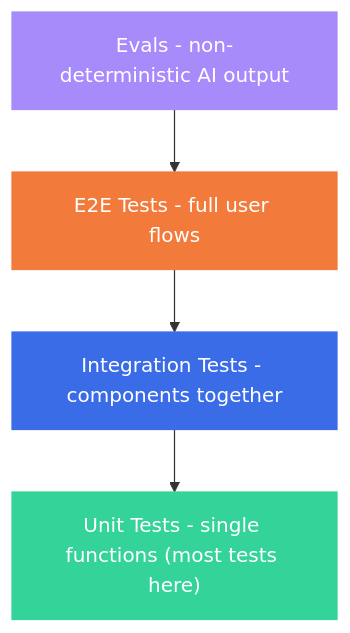
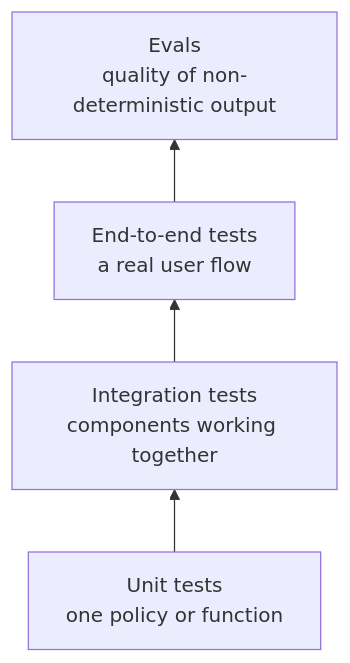
The first of 2 diagrams in tutorials/testing-ai-generated-code/LESSON.md (owainlewis/youtube-tutorials), drawn with Mermaid before and after one commit. The commit also changed other lines of this file and 20 other files, not shown here.

````diff
--- a/tutorials/testing-ai-generated-code/LESSON.md
+++ b/tutorials/testing-ai-generated-code/LESSON.md
@@ -37,11 +64,6 @@
 ```mermaid
-graph TD
-    EVALS["Evals - non-deterministic AI output"] --> E2E["E2E Tests - full user flows"]
-    E2E --> INTEGRATION["Integration Tests - components together"]
-    INTEGRATION --> UNIT["Unit Tests - single functions (most tests here)"]
-
-    style EVALS fill:#a78bfa,color:#fff,stroke:#a78bfa
-    style E2E fill:#f27a3a,color:#fff,stroke:#f27a3a
-    style INTEGRATION fill:#3b6ce8,color:#fff,stroke:#3b6ce8
-    style UNIT fill:#34d399,color:#fff,stroke:#34d399
+flowchart BT
+    UNIT["Unit tests<br/>one policy or function"] --> INTEGRATION["Integration tests<br/>components working together"]
+    INTEGRATION --> E2E["End-to-end tests<br/>a real user flow"]
+    E2E --> EVALS["Evals<br/>quality of non-deterministic output"]
 ```
````
